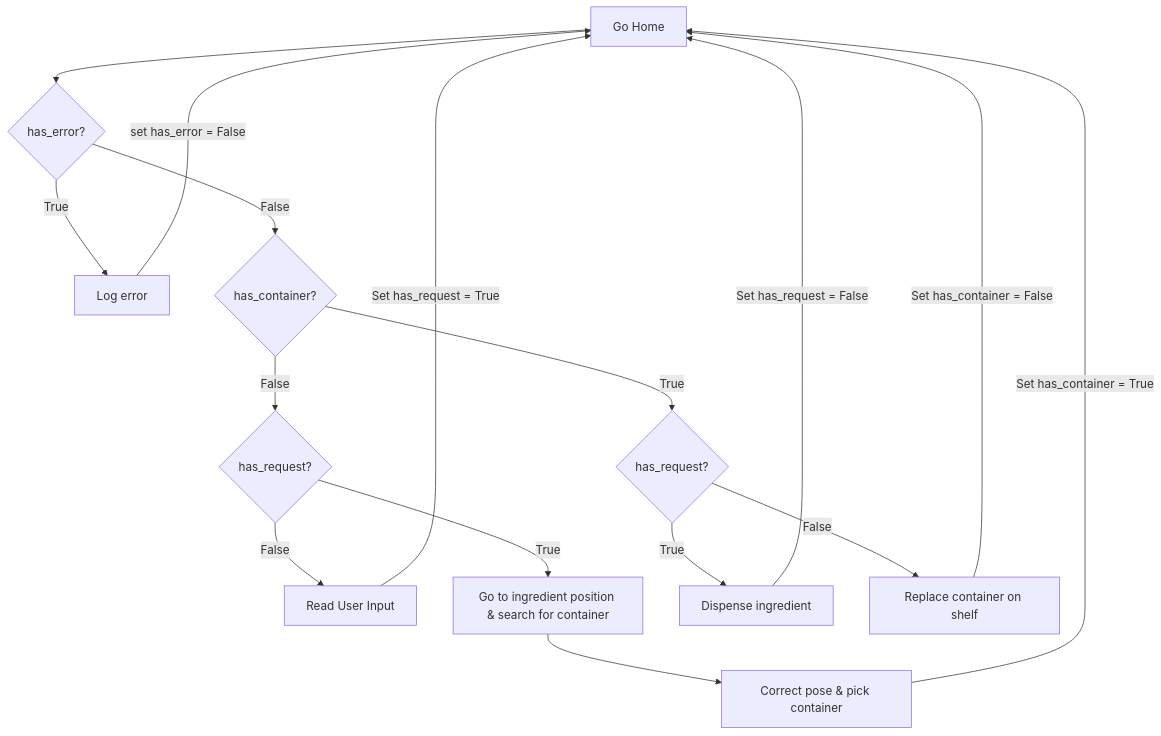
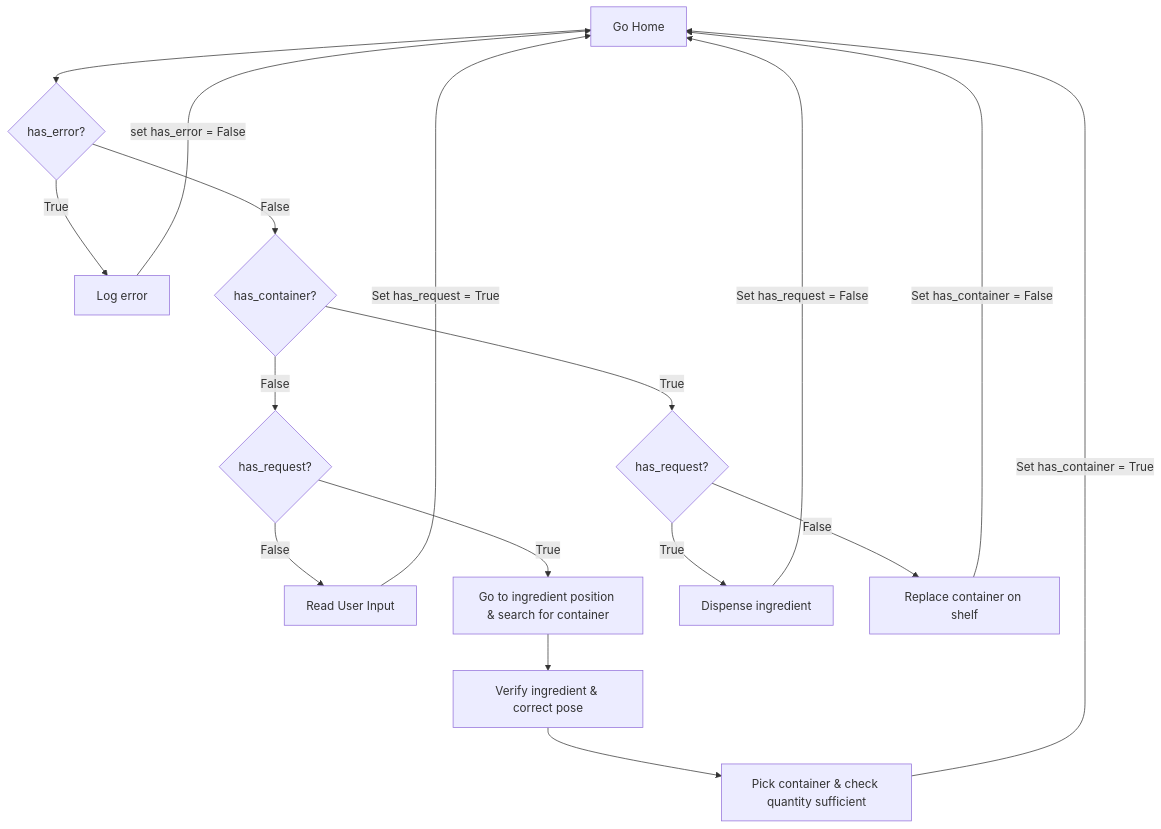
The second of 2 diagrams in README.md (ratatouille-robotics/ratatouille_planner), drawn with Mermaid before and after one commit. The commit also changed other lines of this file and 3 other files, not shown here.

````diff
--- a/README.md
+++ b/README.md
@@ -48,24 +48,25 @@
 ```mermaid
 flowchart
   GH[Go Home] --> HE{has_error?}
   HE --> |True| LE[Log error]
   LE --> |set has_error = False| GH
 
   HE --> |False| HC{has_container?}
   HC --> |False| HR1{has_request?}
   HR1 --> |False| AWAIT_USER_INPUT[Read User Input]
   AWAIT_USER_INPUT --> |Set has_request = True| GH
 
   HR1 --> |True| SEARCH_MARKER[Go to ingredient position & search for container]
-  SEARCH_MARKER --> PICK_CONTAINER[Correct pose & pick container]
-  PICK_CONTAINER --> |Set has_container = True| GH
+  SEARCH_MARKER --> VF[Verify ingredient & correct pose]
+  VF --> CQ[Pick container & check quantity sufficient]
+  CQ --> |Set has_container = True| GH
 
   HC --> |True| HR2{has_request?}
 
   HR2 --> |True| DISPENSE[Dispense ingredient]
   DISPENSE --> |Set has_request = False| GH
 
   HR2 --> |False| REPLACE_CONTAINER[Replace container on shelf]
   REPLACE_CONTAINER --> |Set has_container = False| GH
 
 ```
````
